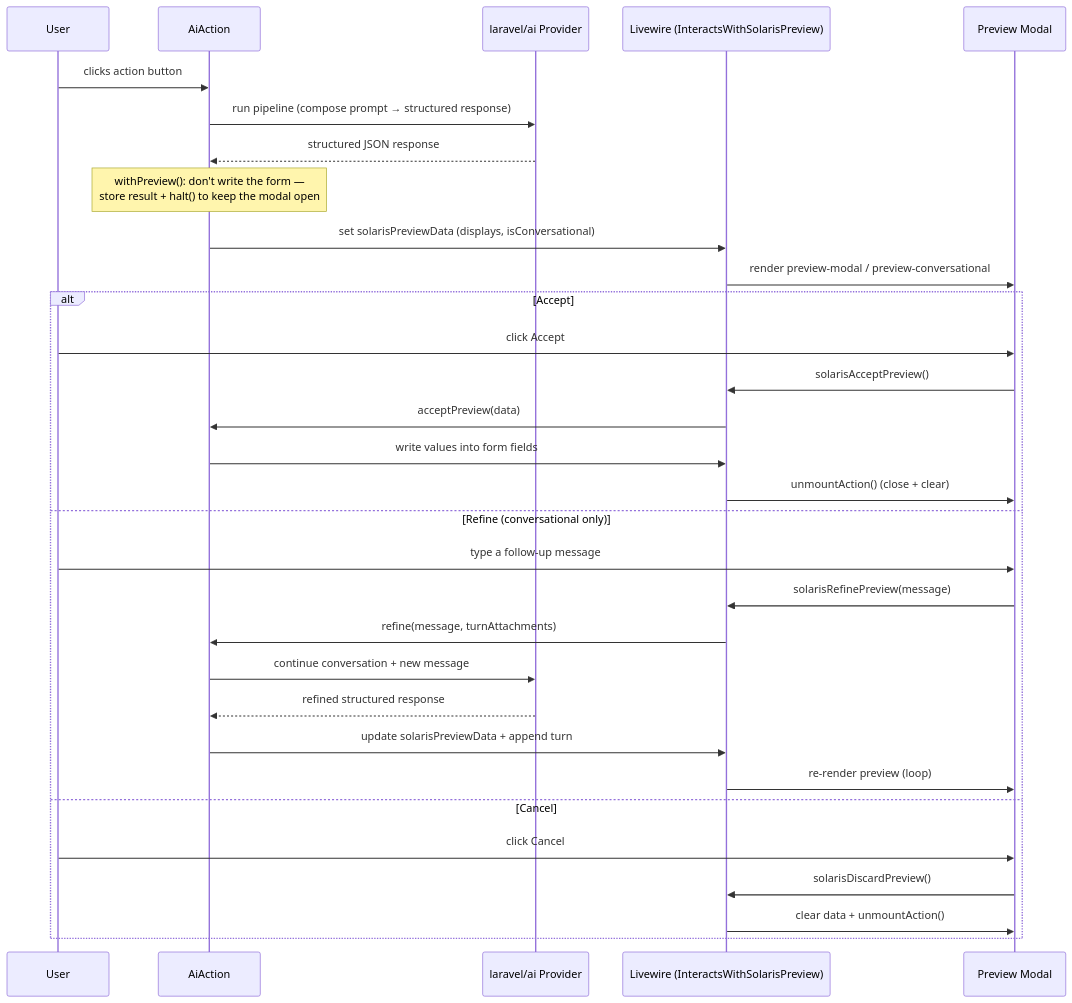
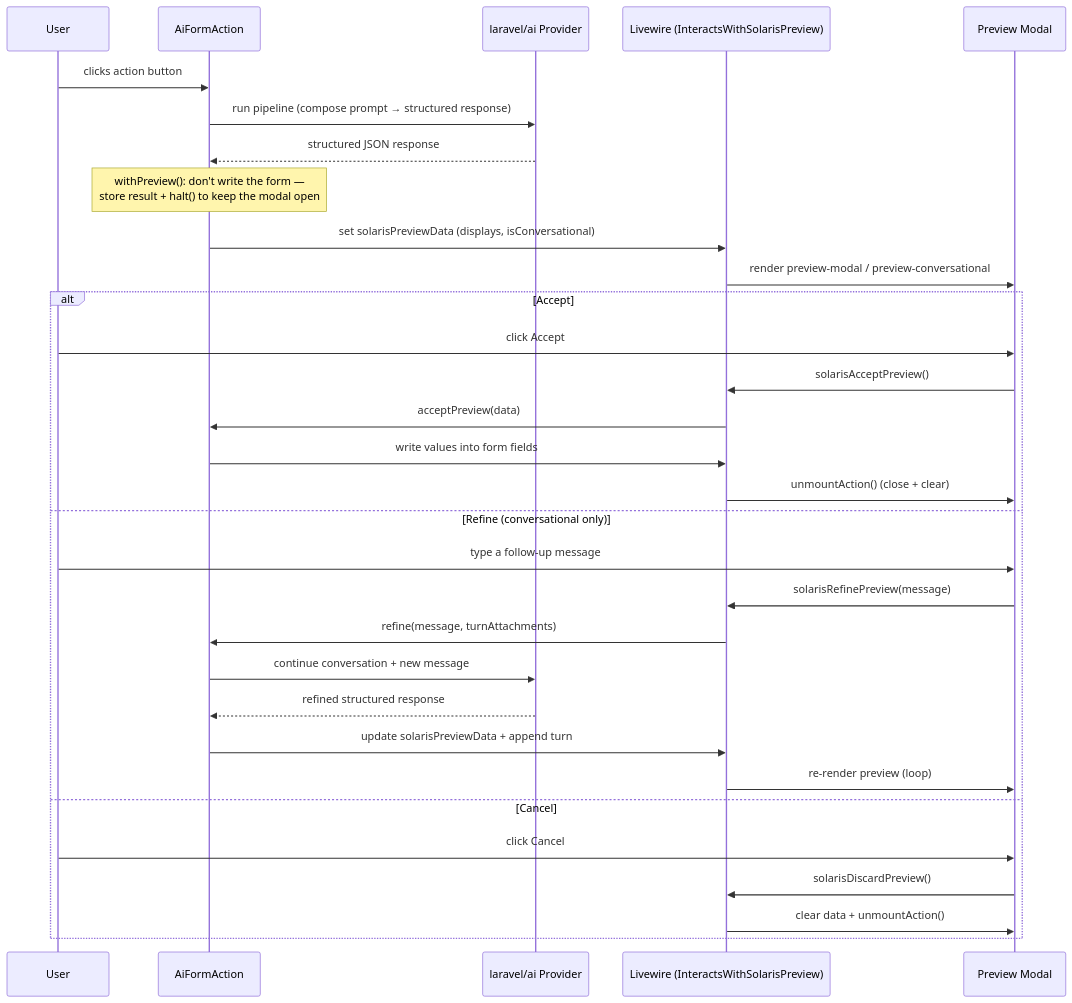
Before and after one commit to statikbe/laravel-filament-solaris: the second of 3 diagrams in documentation/architecture.md, drawn with Mermaid. The commit also changed other lines of this file and 47 other files, not shown here.

First line of the commit message:
refactor!: rename AiAction to AiFormAction

````diff
--- a/documentation/architecture.md
+++ b/documentation/architecture.md
@@ -47,35 +47,35 @@
 ```mermaid
 sequenceDiagram
     participant User
-    participant Action as AiAction
+    participant Action as AiFormAction
     participant AI as laravel/ai Provider
     participant LW as Livewire (InteractsWithSolarisPreview)
     participant Modal as Preview Modal
 
     User->>Action: clicks action button
     Action->>AI: run pipeline (compose prompt → structured response)
     AI-->>Action: structured JSON response
     Note over Action: withPreview(): don't write the form —<br/>store result + halt() to keep the modal open
     Action->>LW: set solarisPreviewData (displays, isConversational)
     LW->>Modal: render preview-modal / preview-conversational
 
     alt Accept
         User->>Modal: click Accept
         Modal->>LW: solarisAcceptPreview()
         LW->>Action: acceptPreview(data)
         Action->>LW: write values into form fields
         LW->>Modal: unmountAction() (close + clear)
     else Refine (conversational only)
         User->>Modal: type a follow-up message
         Modal->>LW: solarisRefinePreview(message)
         LW->>Action: refine(message, turnAttachments)
         Action->>AI: continue conversation + new message
         AI-->>Action: refined structured response
         Action->>LW: update solarisPreviewData + append turn
         LW->>Modal: re-render preview (loop)
     else Cancel
         User->>Modal: click Cancel
         Modal->>LW: solarisDiscardPreview()
         LW->>Modal: clear data + unmountAction()
     end
 ```
````
